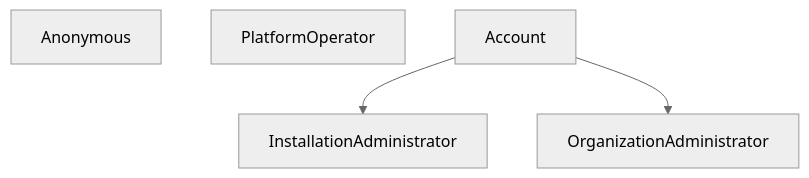
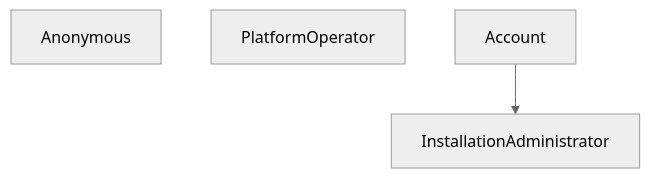
The diagram in docs/roles-permissions-and-behaviors.md (mycelium-cmbse/mycelium-forge), drawn with Mermaid (neutral theme) before and after one commit. The commit also changed other lines of this file and 116 other files, not shown here.

````diff
--- a/docs/roles-permissions-and-behaviors.md
+++ b/docs/roles-permissions-and-behaviors.md
@@ -39,11 +39,9 @@
 ```mermaid
 graph TD
     Anonymous[Anonymous]
     PlatformOperator[PlatformOperator]
     Account[Account]
     InstallationAdministrator[InstallationAdministrator]
-    OrganizationAdministrator[OrganizationAdministrator]
 
     Account --> InstallationAdministrator
-    Account --> OrganizationAdministrator
 ```
````
